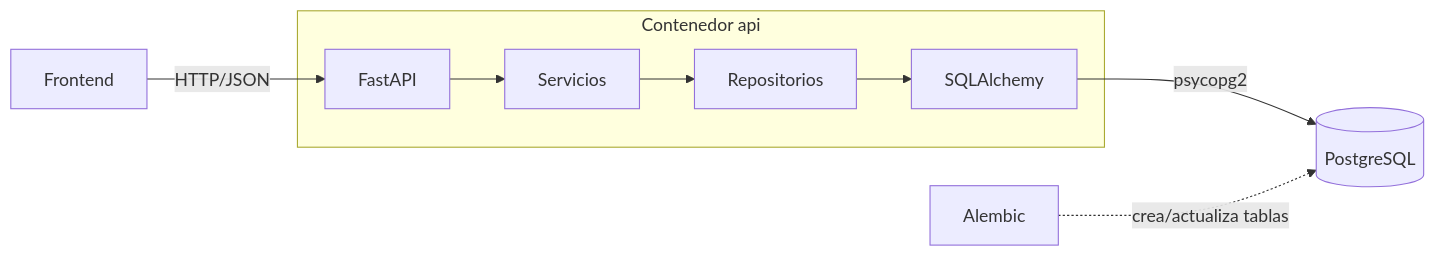
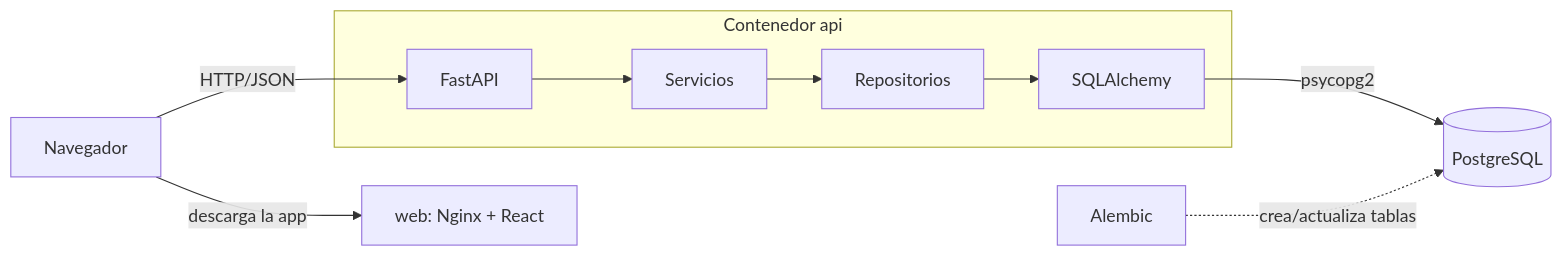
The first of 4 diagrams in docs/arquitectura.md (tobiasceruttigothe/TP-DAO), drawn with Mermaid before and after one commit. The commit also changed other lines of this file and 4 other files, not shown here.

````diff
--- a/docs/arquitectura.md
+++ b/docs/arquitectura.md
@@ -8,11 +9,12 @@
 ```mermaid
 flowchart LR
-    FE[Frontend] -- HTTP/JSON --> API
+    NAV[Navegador] -- descarga la app --> WEB[web: Nginx + React]
+    NAV -- HTTP/JSON --> API
     subgraph Contenedor api
         API[FastAPI] --> SRV[Servicios]
         SRV --> REPO[Repositorios]
         REPO --> ORM[SQLAlchemy]
     end
     ORM -- psycopg2 --> DB[(PostgreSQL)]
     MIG[Alembic] -. crea/actualiza tablas .-> DB
 ```
````
